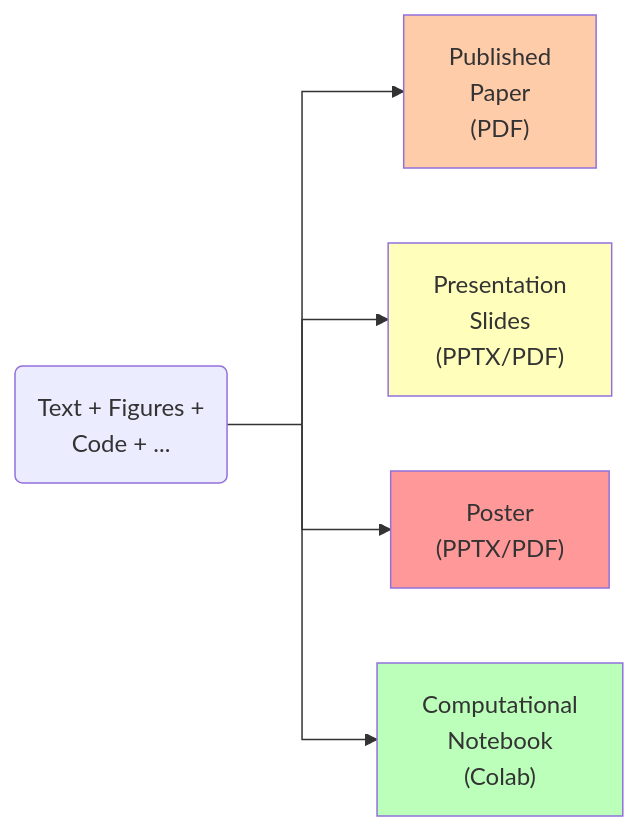
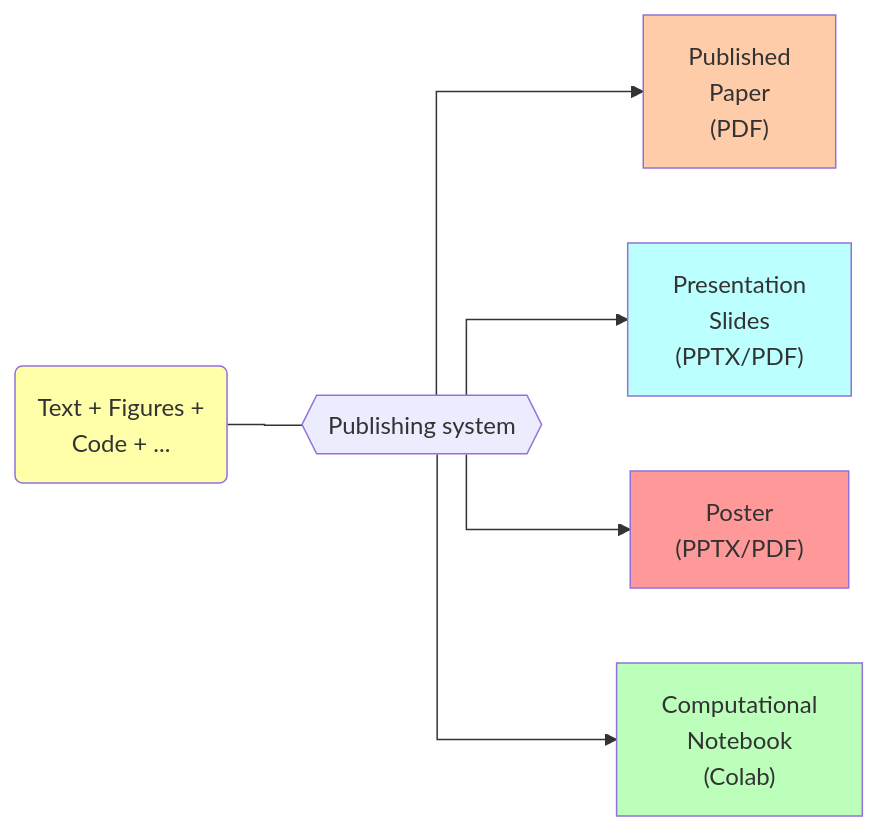
Before and after one commit to TAILOR-UoB/new_ways_of_publishing: the second of 3 diagrams in booksource/publishing-tools/publishing-systems.md, drawn with Mermaid. The commit also changed other lines of this file and 5 other files, not shown here.

````diff
--- a/booksource/publishing-tools/publishing-systems.md
+++ b/booksource/publishing-tools/publishing-systems.md
@@ -73,15 +78,15 @@
 ```{mermaid}
 %%{ init : { "flowchart" : { "curve" : "stepBefore" }}}%%
 
 flowchart LR
-    I1("Text + Figures + \n Code + ..."):::input --- dummy2( ):::empty
+    I1("Text + Figures + \n Code + ..."):::input --- dummy2{{"Publishing system"}}
     dummy2 --> O1["Published \n Paper \n (PDF)"]
     dummy2 --> O2["Presentation \n Slides \n (PPTX/PDF)"]
     dummy2 --> O3["Poster \n (PPTX/PDF)"]
     dummy2 --> O4["Computational \n Notebook \n (Colab)"]
+    classDef input fill:#ffa;
     style O1 fill:#fca
-    style O2 fill:#ffb
+    style O2 fill:#bff
     style O3 fill:#f99
     style O4 fill:#bfb
-    classDef empty width:0px,height:0px,fill:#000;
 ```
````
